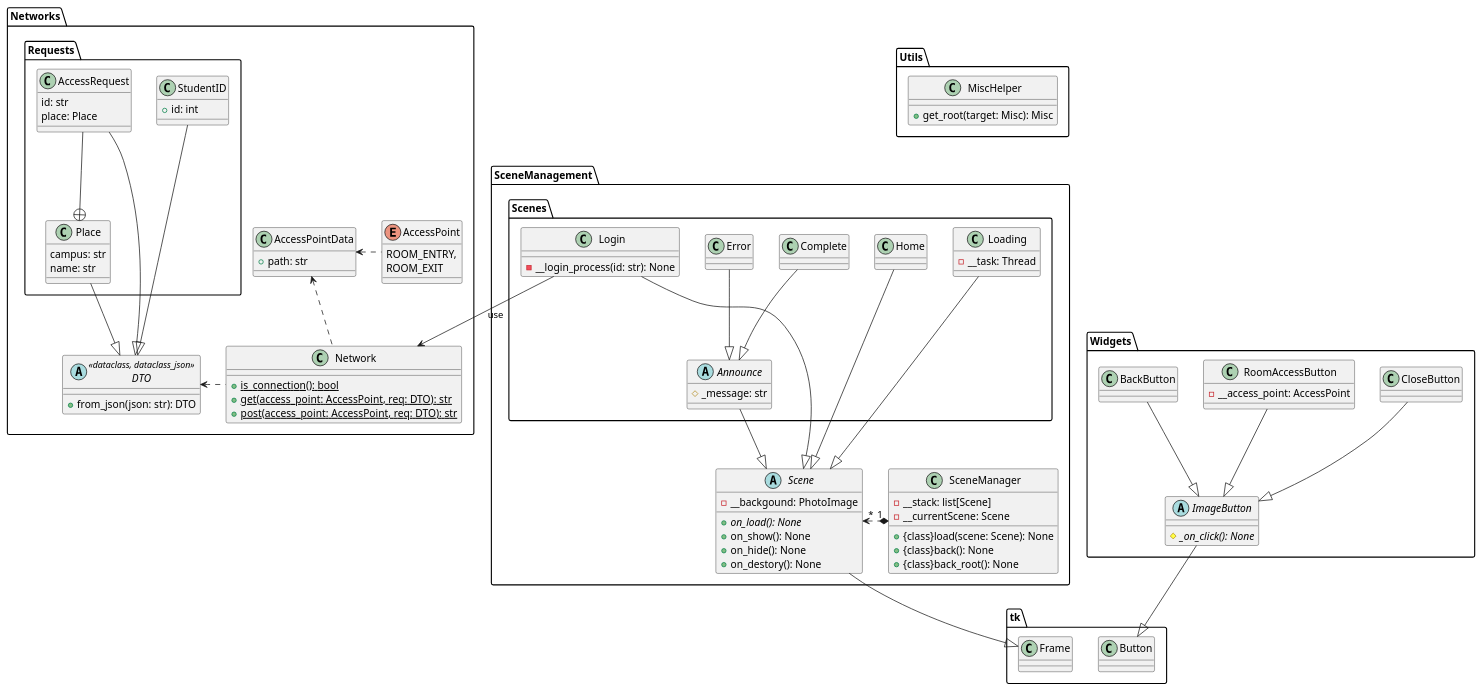
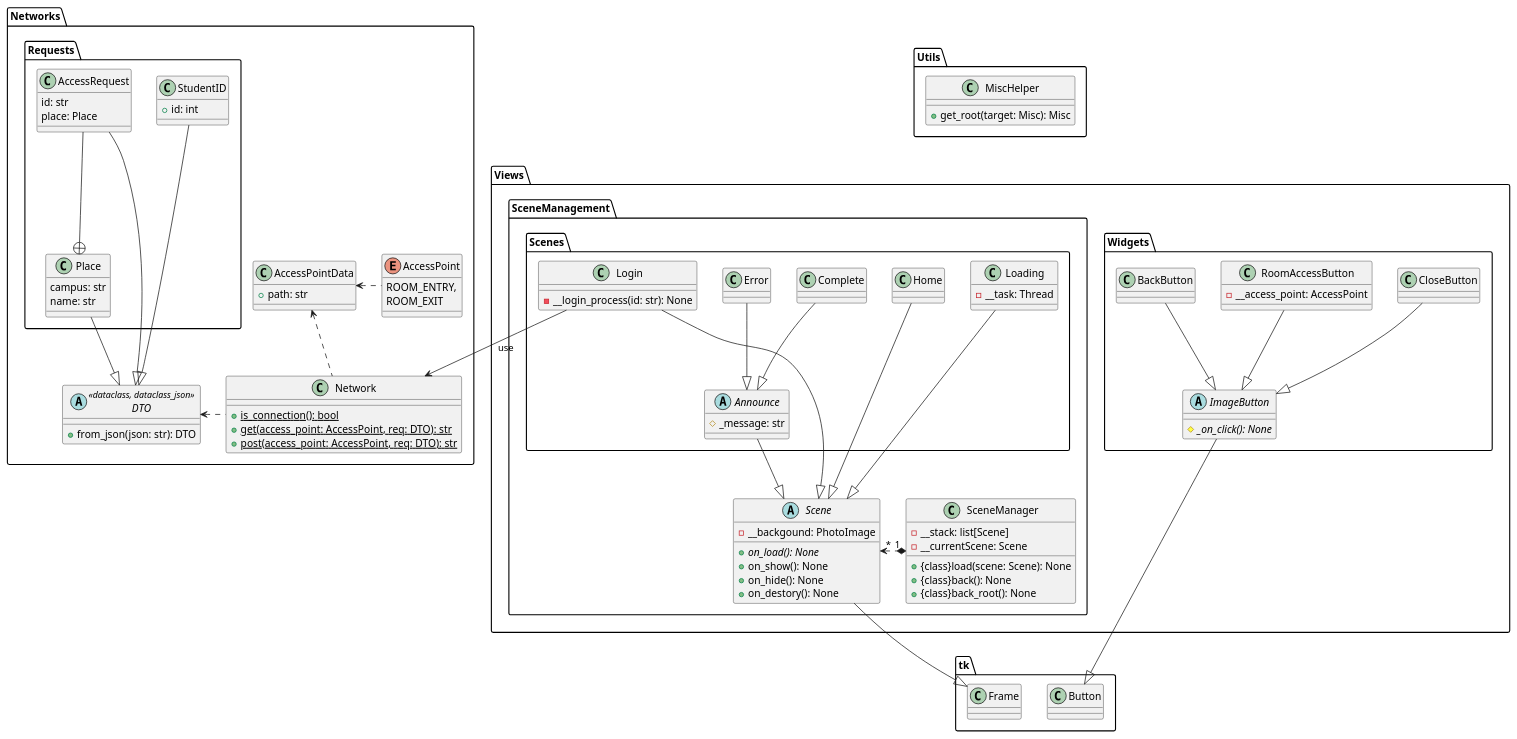
The diagram in UMLs/Class Diagrams/All.pu (nmskm240/NITeRAS), drawn with PlantUML before and after one commit. The commit also changed 17 other files, not shown here.

```diff
--- a/UMLs/Class Diagrams/All.pu
+++ b/UMLs/Class Diagrams/All.pu
@@ -1,138 +1,141 @@
 @startuml AllClass
 
 package Networks
 {
     enum AccessPoint
     {
         ROOM_ENTRY,
         ROOM_EXIT
     }
 
     class AccessPointData
     {
         +path: str
     }
 
     abstract DTO<<dataclass, dataclass_json>>
     {
         +from_json(json: str): DTO
     }
 
     class Network
     {
         +{static}is_connection(): bool
         +{static}get(access_point: AccessPoint, req: DTO): str
         +{static}post(access_point: AccessPoint, req: DTO): str
     }
 
     package Requests
     {
-        class AccessRequest 
+        class AccessRequest
         {
             id: str
             place: Place
         }
 
-        class Place 
+        class Place
         {
             campus: str
             name: str
         }
 
-        class StudentID 
+        class StudentID
         {
             +id: int
-        }
-    }
-}
-
-package SceneManagement
-{
-    class SceneManager
-    {
-        -__stack: list[Scene]
-        -__currentScene: Scene
-        +{class}load(scene: Scene): None
-        +{class}back(): None
-        +{class}back_root(): None
-    }
-
-    abstract Scene
-    {
-        -__backgound: PhotoImage
-        +{abstract}on_load(): None
-        +on_show(): None
-        +on_hide(): None
-        +on_destory(): None
-    }
-
-    package Scenes
-    {
-        abstract Announce
-        {
-            #_message: str
-        }
-        class Complete
-        class Error
-        class Home
-        class Login
-        {
-            -__login_process(id: str): None
-        }
-        class Loading
-        {
-            -__task: Thread
         }
     }
 }
 
 package Utils
 {
     class MiscHelper
     {
         +get_root(target: Misc): Misc
     }
 }
 
-package Widgets
+package Views
 {
-    class BackButton
-    class CloseButton
-    abstract ImageButton
+    package SceneManagement
     {
-        #{abstract}_on_click(): None
+        class SceneManager
+        {
+            -__stack: list[Scene]
+            -__currentScene: Scene
+            +{class}load(scene: Scene): None
+            +{class}back(): None
+            +{class}back_root(): None
+        }
+
+        abstract Scene
+        {
+            -__backgound: PhotoImage
+            +{abstract}on_load(): None
+            +on_show(): None
+            +on_hide(): None
+            +on_destory(): None
+        }
+
+        package Scenes
+        {
+            abstract Announce
+            {
+                #_message: str
+            }
+            class Complete
+            class Error
+            class Home
+            class Login
+            {
+                -__login_process(id: str): None
+            }
+            class Loading
+            {
+                -__task: Thread
+            }
+        }
     }
-    class RoomAccessButton
+
+    package Widgets
     {
-        -__access_point: AccessPoint
+        class BackButton
+        class CloseButton
+        abstract ImageButton
+        {
+            #{abstract}_on_click(): None
+        }
+        class RoomAccessButton
+        {
+            -__access_point: AccessPoint
+        }
     }
 }
 
 Scene --|> tk.Frame
 Announce --|> Scene
 Home --|> Scene
 Login --|> Scene
 Loading --|> Scene
 Error --|> Announce
 Complete --|> Announce
 
 AccessRequest --|> DTO
 StudentID --|> DTO
 Place --|> DTO
 
 ImageButton --|> tk.Button
 BackButton --|> ImageButton
 CloseButton --|> ImageButton
 RoomAccessButton --|> ImageButton
 
 Network .left.> DTO
 Network .up.> AccessPointData
 AccessPoint .left.> AccessPointData
 
 SceneManager "1" *.left.> "*" Scene
 
 AccessRequest --+ Place
 
 Login --> Network : use
 
 @enduml
```
